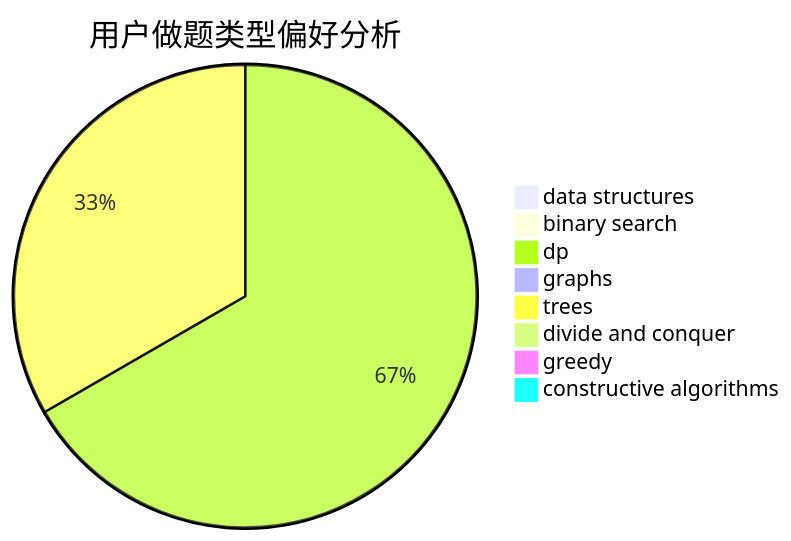
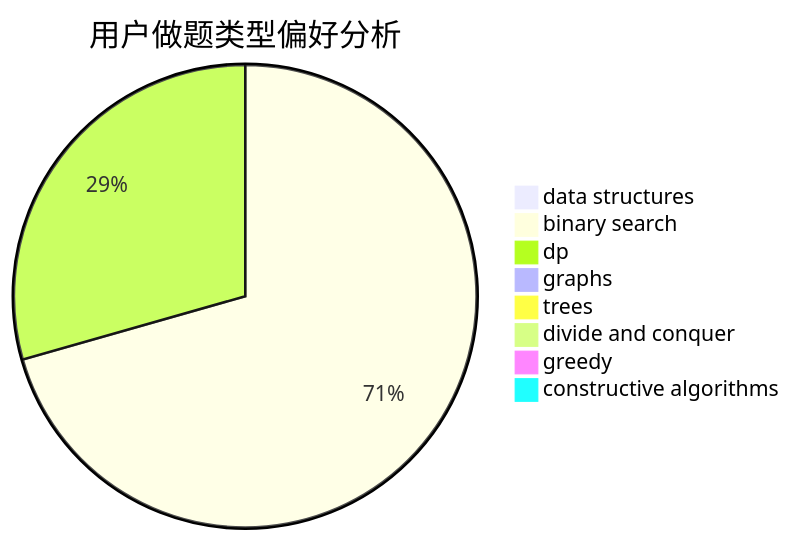
The second of 3 diagrams in docs/user/u65.md (sherpahu/cfrs.github.io), drawn with Mermaid before and after one commit. The commit also changed other lines of this file and 2770 other files, not shown here.

````diff
--- a/docs/user/u65.md
+++ b/docs/user/u65.md
@@ -23,11 +23,11 @@
 ```mermaid
 pie title 用户做题类型偏好分析
     "data structures" :  0
-    "binary search" :  0
-    "dp" :  4
+    "binary search" :  12
+    "dp" :  5
     "graphs" :  0
-    "trees" :  2
+    "trees" :  0
     "divide and conquer" :  0
     "greedy" :  0
     "constructive algorithms" :  0
 ```
````
